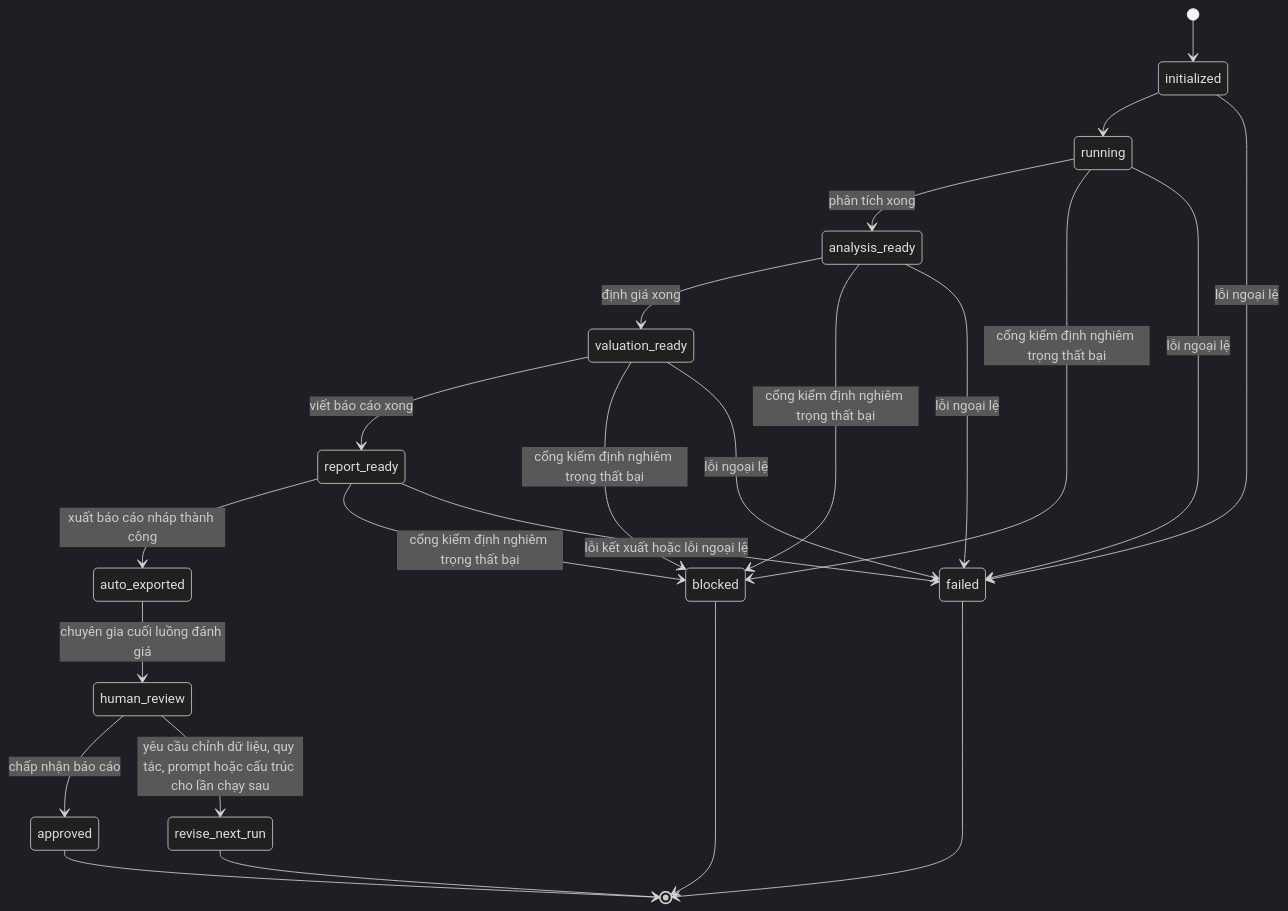
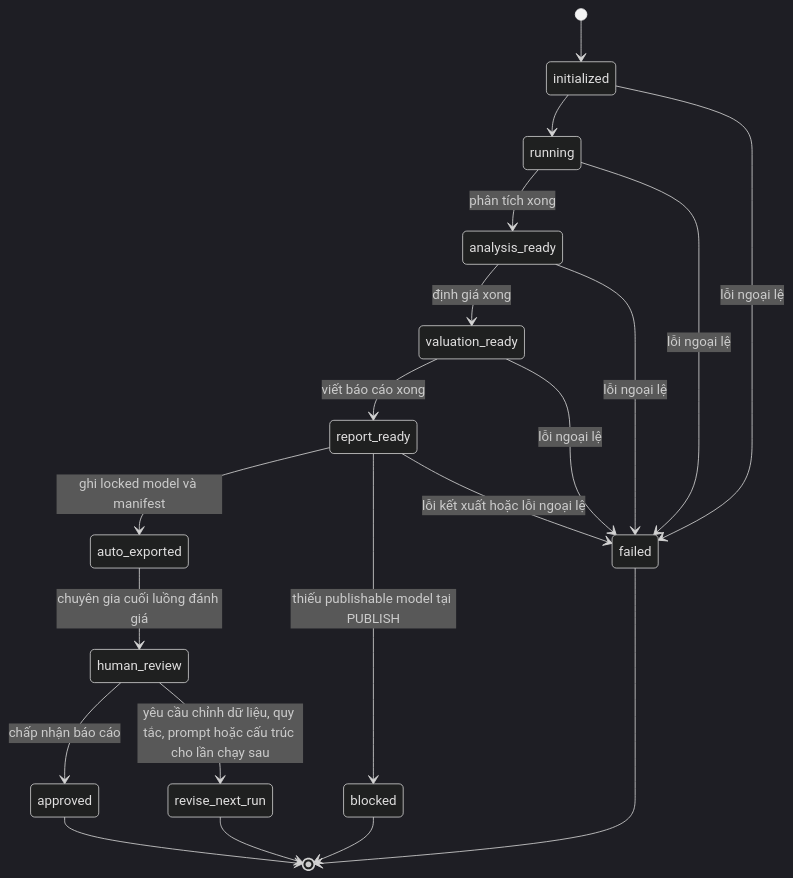
Before and after one commit to haubelerche/equity-research-system: the fifth of 6 diagrams in docs/ARCHITECTURE.md, drawn with Mermaid (dark theme). The commit also changed other lines of this file and 178 other files, not shown here.

````diff
--- a/docs/ARCHITECTURE.md
+++ b/docs/ARCHITECTURE.md
@@ -286,29 +286,25 @@
 ```mermaid
 stateDiagram-v2
     [*] --> initialized
     initialized --> running
     running --> analysis_ready: phân tích xong
     analysis_ready --> valuation_ready: định giá xong
     valuation_ready --> report_ready: viết báo cáo xong
-    report_ready --> auto_exported: xuất báo cáo nháp thành công
-
-    running --> blocked: cổng kiểm định nghiêm trọng thất bại
-    analysis_ready --> blocked: cổng kiểm định nghiêm trọng thất bại
-    valuation_ready --> blocked: cổng kiểm định nghiêm trọng thất bại
-    report_ready --> blocked: cổng kiểm định nghiêm trọng thất bại
+    report_ready --> auto_exported: ghi locked model và manifest
+    report_ready --> blocked: thiếu publishable model tại PUBLISH
 
     initialized --> failed: lỗi ngoại lệ
     running --> failed: lỗi ngoại lệ
     analysis_ready --> failed: lỗi ngoại lệ
     valuation_ready --> failed: lỗi ngoại lệ
     report_ready --> failed: lỗi kết xuất hoặc lỗi ngoại lệ
 
     auto_exported --> human_review: chuyên gia cuối luồng đánh giá
     human_review --> approved: chấp nhận báo cáo
     human_review --> revise_next_run: yêu cầu chỉnh dữ liệu, quy tắc, prompt hoặc cấu trúc cho lần chạy sau
 
     blocked --> [*]
     failed --> [*]
     approved --> [*]
     revise_next_run --> [*]
 ```
````
